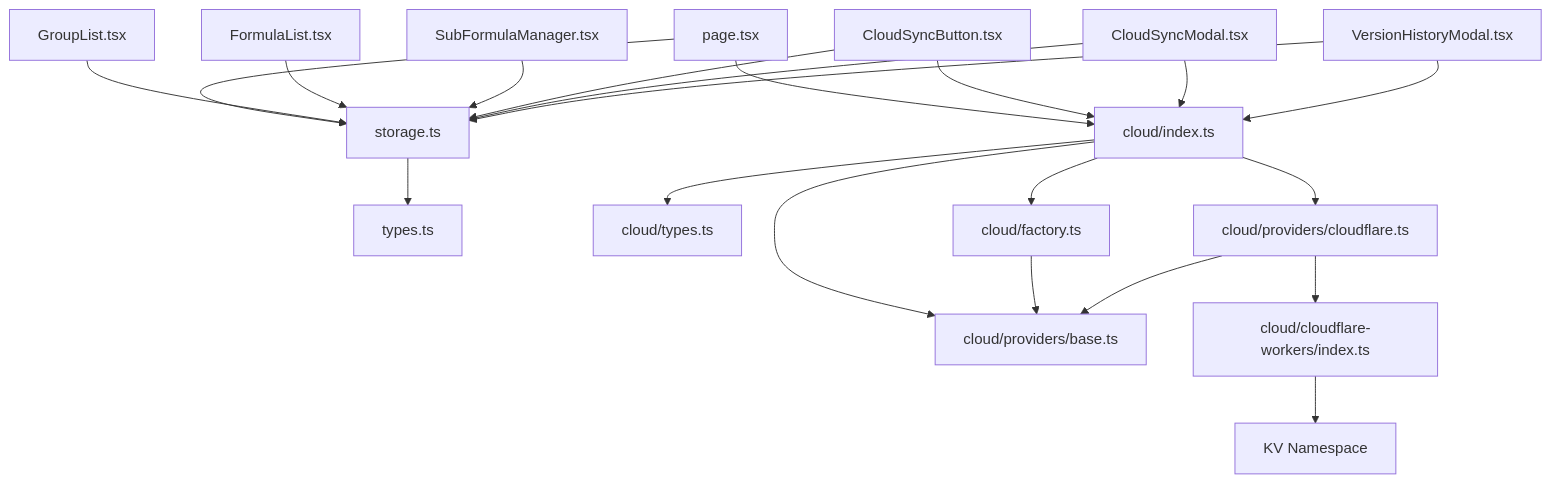
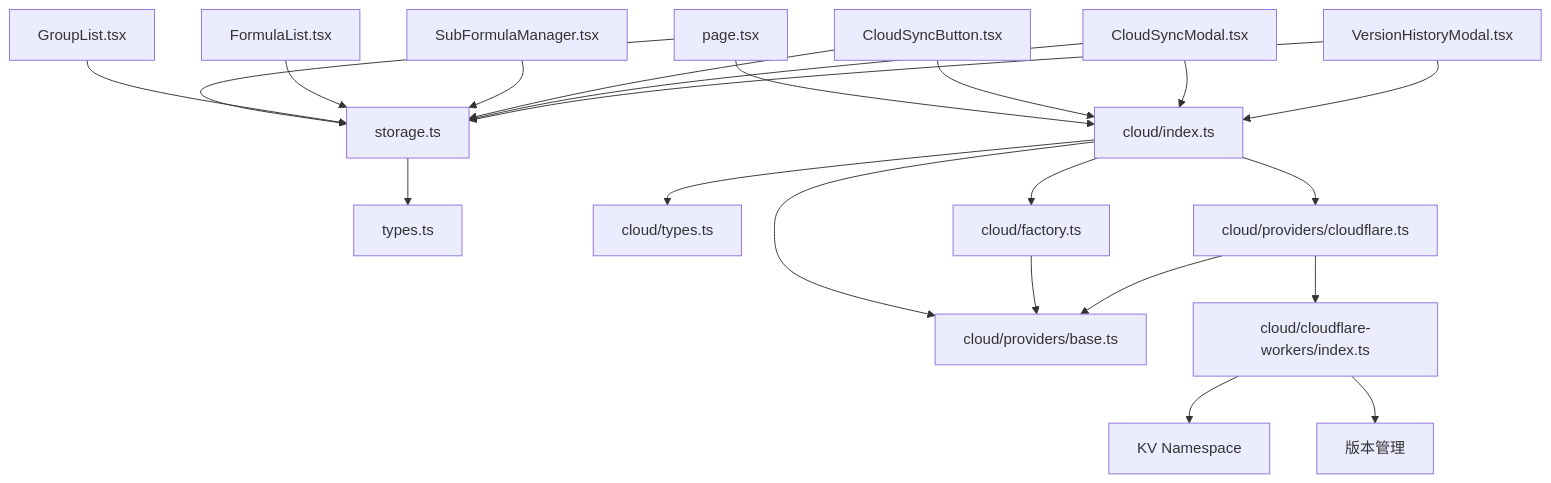
The sixth of 6 diagrams in .qoder/repowiki/zh/content/API参考/数据存储API.md (steveyu2/formula-mapper), drawn with Mermaid before and after one commit. The commit also changed other lines of this file and 7 other files, not shown here.

````diff
--- a/.qoder/repowiki/zh/content/API参考/数据存储API.md
+++ b/.qoder/repowiki/zh/content/API参考/数据存储API.md
@@ -849,23 +1119,24 @@
 ```mermaid
 graph TB
 LocalStorage[storage.ts] --> Types[types.ts]
 CloudAPI[cloud/index.ts] --> CloudTypes[cloud/types.ts]
 CloudAPI --> Factory[cloud/factory.ts]
 CloudAPI --> BaseProvider[cloud/providers/base.ts]
 CloudAPI --> CloudflareProvider[cloud/providers/cloudflare.ts]
 Factory --> BaseProvider
 CloudflareProvider --> BaseProvider
 CloudflareProvider --> CloudflareWorkers[cloud/cloudflare-workers/index.ts]
 CloudflareWorkers --> KVNamespace[KV Namespace]
+CloudflareWorkers --> VersionManagement[版本管理]
 Page[page.tsx] --> LocalStorage
 Page --> CloudAPI
 GroupList[GroupList.tsx] --> LocalStorage
 FormulaList[FormulaList.tsx] --> LocalStorage
 SubFormulaManager[SubFormulaManager.tsx] --> LocalStorage
 CloudSyncButton[CloudSyncButton.tsx] --> CloudAPI
 CloudSyncModal[CloudSyncModal.tsx] --> CloudAPI
 VersionHistoryModal[VersionHistoryModal.tsx] --> CloudAPI
 CloudSyncButton --> LocalStorage
 CloudSyncModal --> LocalStorage
 VersionHistoryModal --> LocalStorage
 ```
````
